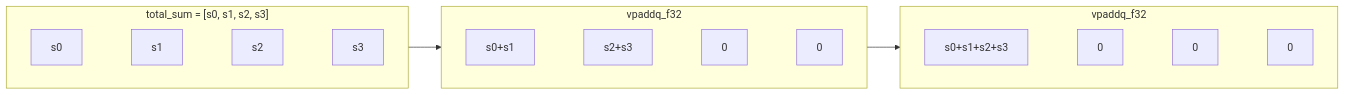
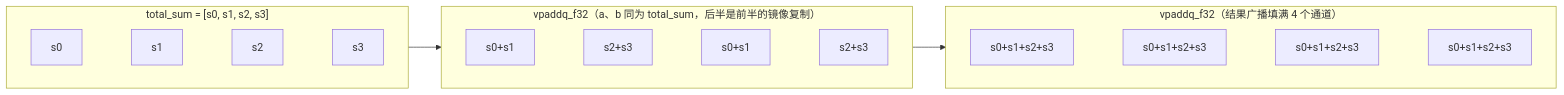
One commit to berringtoni36-commits/qianrushi changed the second of 4 diagrams in projects/linux视觉感知项目/文档/03 LIME 低照度增强/3.5 NEON SIMD向量化加速.md. Above: the diagram before and after it, drawn with Mermaid. The commit also changed other lines of this file and 39 other files, not shown here.

````diff
--- a/projects/linux视觉感知项目/文档/03 LIME 低照度增强/3.5 NEON SIMD向量化加速.md
+++ b/projects/linux视觉感知项目/文档/03 LIME 低照度增强/3.5 NEON SIMD向量化加速.md
@@ -180,16 +180,16 @@
 ```mermaid
 flowchart LR
     subgraph 初始状态["total_sum = [s0, s1, s2, s3]"]
         direction LR
         S0["s0"] ~~~ S1["s1"] ~~~ S2["s2"] ~~~ S3["s3"]
     end
-    subgraph 第一次归约["vpaddq_f32"]
+    subgraph 第一次归约["vpaddq_f32（a、b 同为 total_sum，后半是前半的镜像复制）"]
         direction LR
-        P0["s0+s1"] ~~~ P1["s2+s3"] ~~~ P2["0"] ~~~ P3["0"]
+        P0["s0+s1"] ~~~ P1["s2+s3"] ~~~ P2["s0+s1"] ~~~ P3["s2+s3"]
     end
-    subgraph 第二次归约["vpaddq_f32"]
+    subgraph 第二次归约["vpaddq_f32（结果广播填满 4 个通道）"]
         direction LR
-        R0["s0+s1+s2+s3"] ~~~ R1["0"] ~~~ R2["0"] ~~~ R3["0"]
+        R0["s0+s1+s2+s3"] ~~~ R1["s0+s1+s2+s3"] ~~~ R2["s0+s1+s2+s3"] ~~~ R3["s0+s1+s2+s3"]
     end
     初始状态 --> 第一次归约 --> 第二次归约
 ```
````
